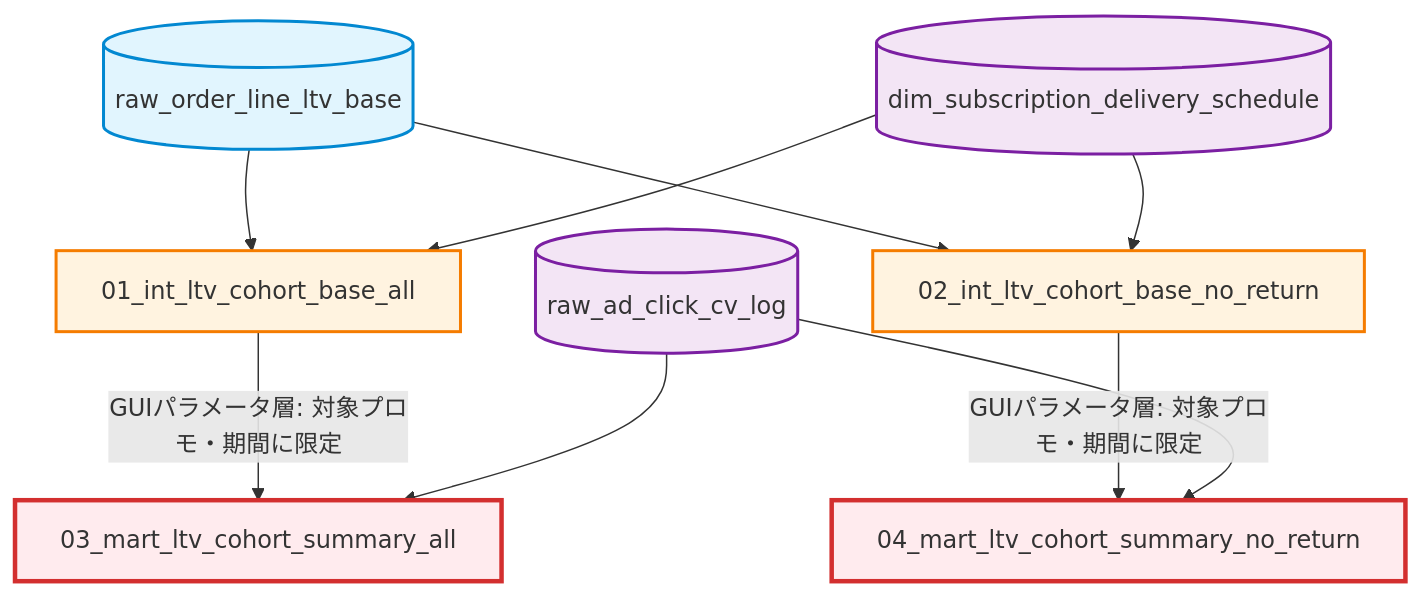
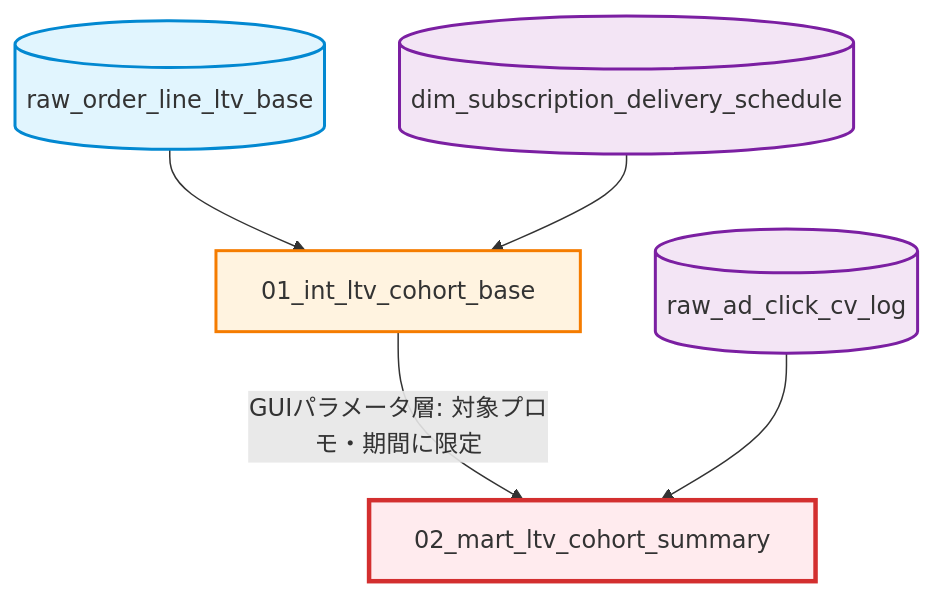
The diagram in business_cases/ltv_retention_cohort_analysis/README.md (gamohara/sql-design-thinking), drawn with Mermaid before and after one commit. The commit also changed other lines of this file and 11 other files, not shown here.

First line of the commit message:
Consolidate ltv_retention_cohort_analysis into a 2-query case

````diff
--- a/business_cases/ltv_retention_cohort_analysis/README.md
+++ b/business_cases/ltv_retention_cohort_analysis/README.md
@@ -27,19 +27,15 @@
 ```mermaid
 graph TD
     R1[(raw_order_line_ltv_base)]:::raw
     R2[(dim_subscription_delivery_schedule)]:::master
     R3[(raw_ad_click_cv_log)]:::master
 
-    R1 & R2 --> I1[01_int_ltv_cohort_base_all]:::int
-    R1 & R2 --> I2[02_int_ltv_cohort_base_no_return]:::int
-
-    I1 -->|GUIパラメータ層: 対象プロモ・期間に限定| M3[03_mart_ltv_cohort_summary_all]:::mart
-    I2 -->|GUIパラメータ層: 対象プロモ・期間に限定| M4[04_mart_ltv_cohort_summary_no_return]:::mart
-    R3 --> M3
-    R3 --> M4
+    R1 & R2 --> I1[01_int_ltv_cohort_base]:::int
+    I1 -->|GUIパラメータ層: 対象プロモ・期間に限定| M2[02_mart_ltv_cohort_summary]:::mart
+    R3 --> M2
 
     classDef raw fill:#e1f5fe,stroke:#0288d1,stroke-width:2px;
     classDef master fill:#f3e5f5,stroke:#7b1fa2,stroke-width:2px;
     classDef int fill:#fff3e0,stroke:#f57c00,stroke-width:2px;
     classDef mart fill:#ffebee,stroke:#d32f2f,stroke-width:3px;
 ```
````
